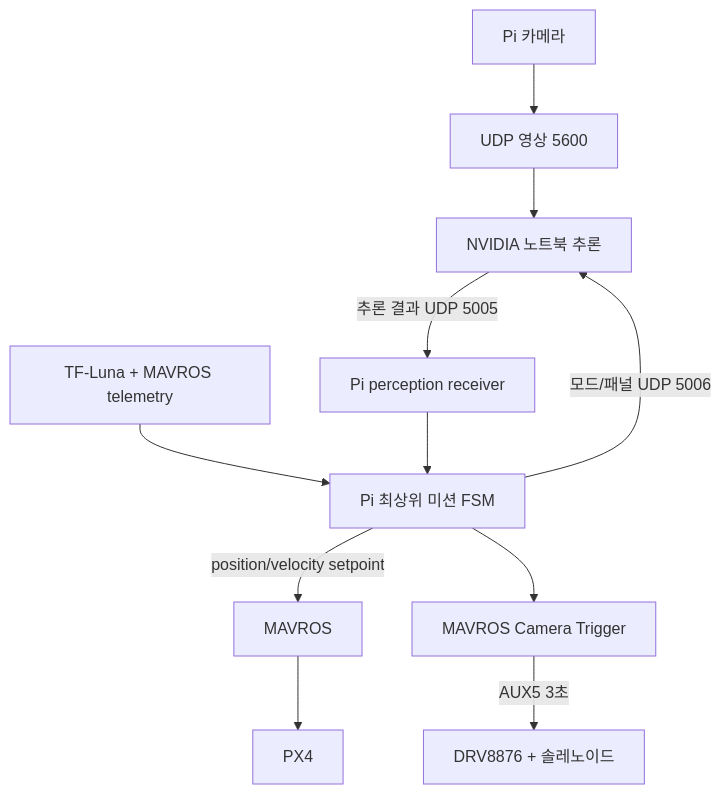
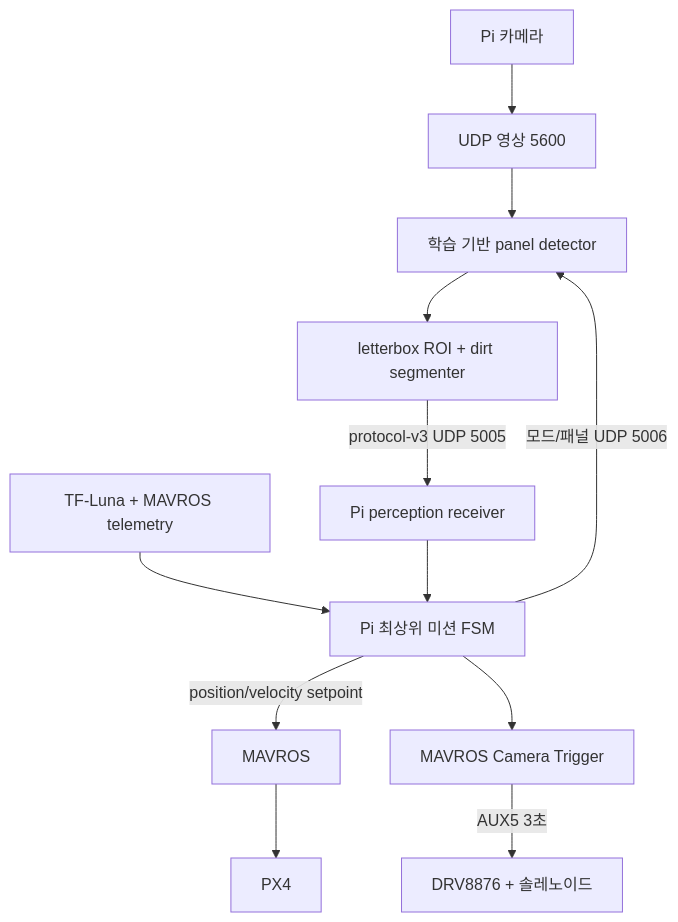
Before and after one commit to KiHyeonLee1121/da-daka_Ai: the diagram in README.md, drawn with Mermaid. The commit also changed other lines of this file and 74 other files, not shown here.

````diff
--- a/README.md
+++ b/README.md
@@ -68,13 +69,14 @@
 ```mermaid
 flowchart TB
     Camera["Pi 카메라"] --> Stream["UDP 영상 5600"]
-    Stream --> Laptop["NVIDIA 노트북 추론"]
-    Laptop -->|"추론 결과 UDP 5005"| Receiver["Pi perception receiver"]
+    Stream --> Detector["학습 기반 panel detector"]
+    Detector --> Segmenter["letterbox ROI + dirt segmenter"]
+    Segmenter -->|"protocol-v3 UDP 5005"| Receiver["Pi perception receiver"]
     Sensors["TF-Luna + MAVROS telemetry"] --> Mission["Pi 최상위 미션 FSM"]
     Receiver --> Mission
     Mission -->|"position/velocity setpoint"| MAVROS
     MAVROS --> PX4
     Mission --> Spray["MAVROS Camera Trigger"]
     Spray -->|"AUX5 3초"| Driver["DRV8876 + 솔레노이드"]
-    Mission -->|"모드/패널 UDP 5006"| Laptop
+    Mission -->|"모드/패널 UDP 5006"| Detector
 ```
````
